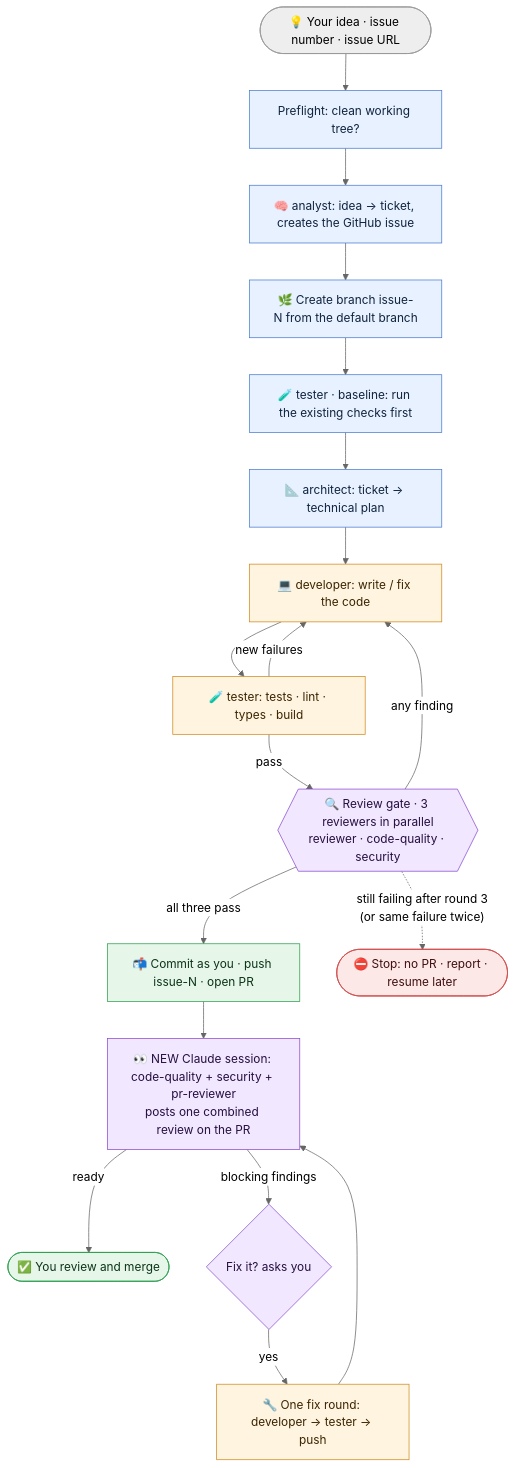
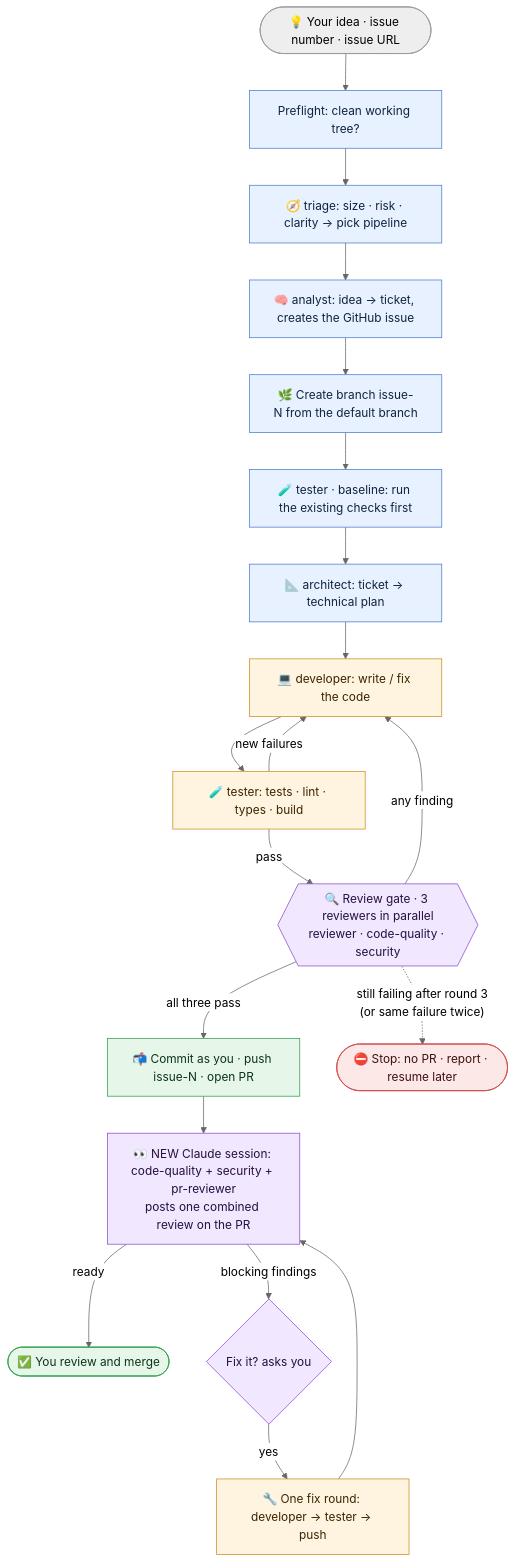
Before and after one commit to meetmehtatb/ai-dev-team: the third of 8 diagrams in README.md, drawn with Mermaid (neutral theme). The commit also changed other lines of this file and 16 other files, not shown here.

First line of the commit message:
v1.4.0: triage agent picks a right-sized pipeline

````diff
--- a/README.md
+++ b/README.md
@@ -108,30 +156,31 @@
 ```mermaid
 flowchart TD
     IN([💡 Your idea · issue number · issue URL]) --> PRE[Preflight: clean working tree?]
-    PRE --> AN[🧠 analyst: idea → ticket, creates the GitHub issue]
+    PRE --> TRI[🧭 triage: size · risk · clarity → pick pipeline]
+    TRI --> AN[🧠 analyst: idea → ticket, creates the GitHub issue]
     AN --> BR[🌿 Create branch issue-N from the default branch]
     BR --> BL[🧪 tester · baseline: run the existing checks first]
     BL --> AR[📐 architect: ticket → technical plan]
     AR --> DEV[💻 developer: write / fix the code]
     DEV --> TEST[🧪 tester: tests · lint · types · build]
     TEST -- new failures --> DEV
     TEST -- pass --> GATE{{"🔍 Review gate · 3 reviewers in parallel<br/>reviewer · code-quality · security"}}
     GATE -- any finding --> DEV
     GATE -- all three pass --> PR[📬 Commit as you · push issue-N · open PR]
     GATE -. "still failing after round 3<br/>(or same failure twice)" .-> STOP([⛔ Stop: no PR · report · resume later])
     PR --> FRESH[👀 NEW Claude session: code-quality + security + pr-reviewer<br/>posts one combined review on the PR]
     FRESH -- ready --> YOU([✅ You review and merge])
     FRESH -- blocking findings --> ASK{Fix it? asks you}
     ASK -- yes --> FIX[🔧 One fix round: developer → tester → push] --> FRESH
 
     classDef setup fill:#e8f1ff,stroke:#4a7bd0,color:#10243f
     classDef build fill:#fff4e0,stroke:#d08a1e,color:#3b2500
     classDef review fill:#f1e8ff,stroke:#8a4ad0,color:#260f40
     classDef done fill:#e6f7ea,stroke:#2e9e4f,color:#0d3319
     classDef stop fill:#fde8e8,stroke:#d04a4a,color:#401010
-    class PRE,AN,BR,BL,AR setup
+    class PRE,TRI,AN,BR,BL,AR setup
     class DEV,TEST,FIX build
     class GATE,FRESH,ASK review
     class PR,YOU done
     class STOP stop
 ```
````
